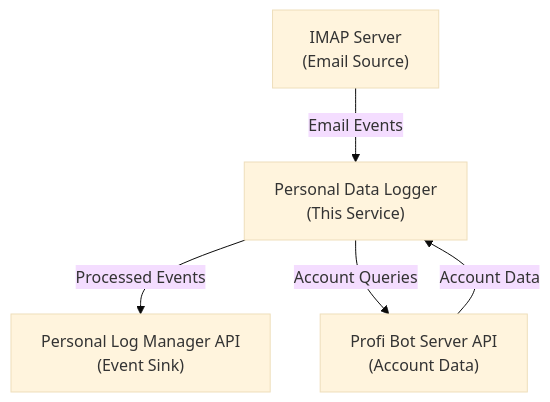
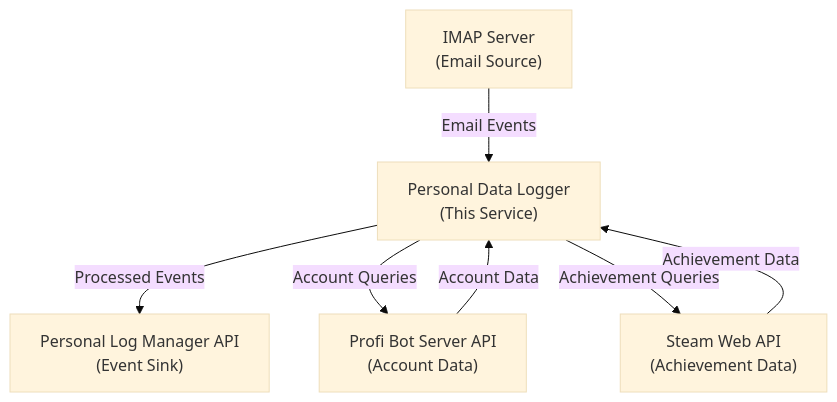
Before and after one commit to hmlendea/personal-data-logger: the first of 5 diagrams in ARCHITECTURE.md, drawn with Mermaid (base theme). The commit also changed other lines of this file and 35 other files, not shown here.

````diff
--- a/ARCHITECTURE.md
+++ b/ARCHITECTURE.md
@@ -30,12 +30,15 @@
 ```mermaid
 graph TB
     IMAP["IMAP Server<br/>(Email Source)"]
     PDL["Personal Data Logger<br/>(This Service)"]
     PLMAPI["Personal Log Manager API<br/>(Event Sink)"]
     ProfiAPI["Profi Bot Server API<br/>(Account Data)"]
+    SteamAPI["Steam Web API<br/>(Achievement Data)"]
 
     IMAP -->|Email Events| PDL
     PDL -->|Processed Events| PLMAPI
     PDL -->|Account Queries| ProfiAPI
     ProfiAPI -->|Account Data| PDL
+    PDL -->|Achievement Queries| SteamAPI
+    SteamAPI -->|Achievement Data| PDL
 ```
````
